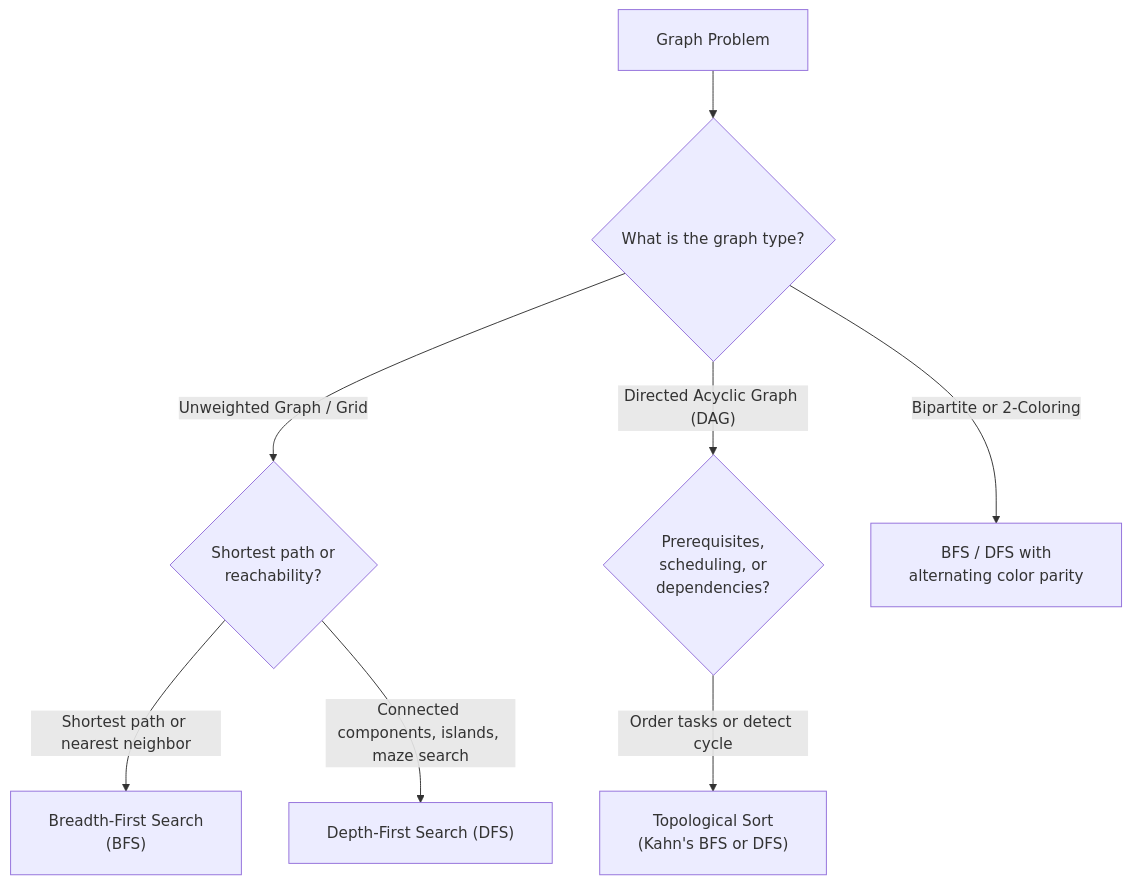
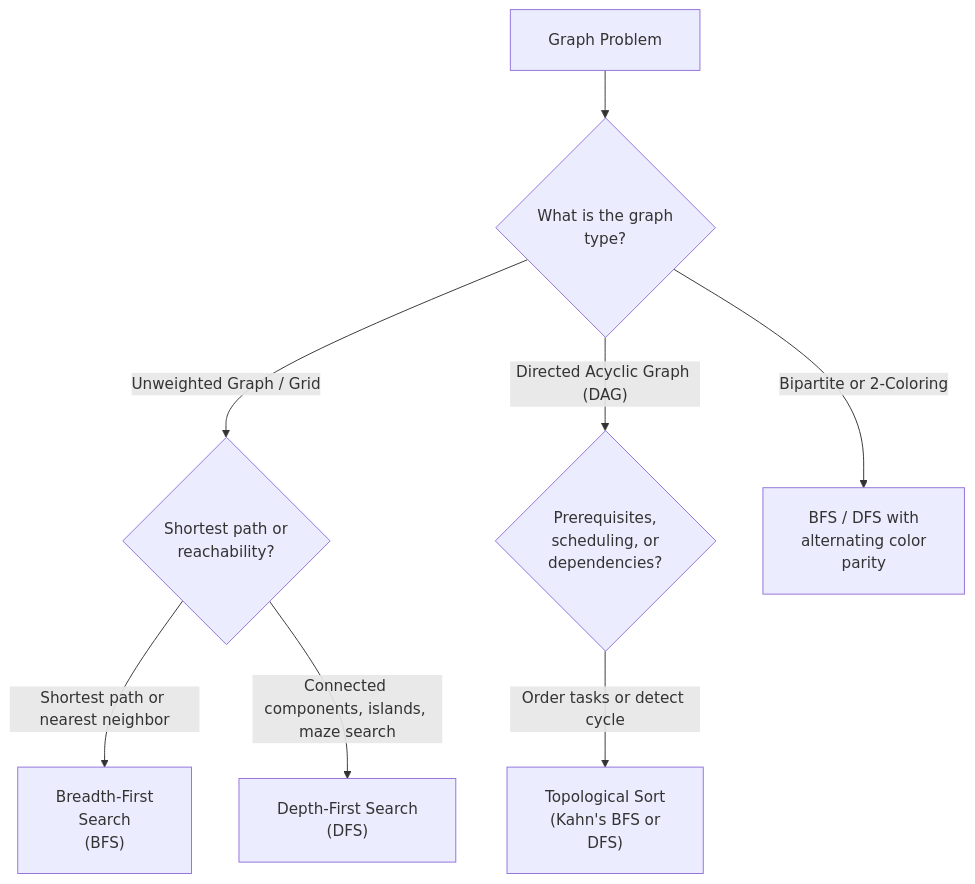
The diagram in week_08_graph_fundamentals/support files/Week_08_Problem_Solving_Roadmap.md (dip4k/DSA_102), drawn with Mermaid before and after one commit. The commit also changed 106 other files, not shown here.

First line of the commit message:
fix(mermaid): prevent text clipping with foreignObject overflow and tighter line wrapping

````diff
--- a/week_08_graph_fundamentals/support files/Week_08_Problem_Solving_Roadmap.md
+++ b/week_08_graph_fundamentals/support files/Week_08_Problem_Solving_Roadmap.md
@@ -16,11 +16,11 @@
 ```mermaid
-%%{init: {"flowchart": {"htmlLabels": true, "padding": 20}}}%%
+%%{init: {"flowchart": {"htmlLabels": true, "padding": 20}, "themeCSS": "foreignObject { overflow: visible !important; }"}}%%
 flowchart TD
-    Start["Graph Problem"] --> Q1{"What is the graph type?"}
+    Start["Graph Problem"] --> Q1{"What is the graph<br/>type?"}
     Q1 -->|Unweighted Graph / Grid| Q2{"Shortest path or<br/>reachability?"}
-    Q2 -->|Shortest path or nearest neighbor| P1["Breadth-First Search<br/>(BFS)"]
-    Q2 -->|Connected components, islands, maze search| P2["Depth-First Search (DFS)"]
+    Q2 -->|Shortest path or nearest neighbor| P1["Breadth-First<br/>Search<br/>(BFS)"]
+    Q2 -->|Connected components, islands, maze search| P2["Depth-First Search<br/>(DFS)"]
     Q1 -->|"Directed Acyclic Graph (DAG)"| Q3{"Prerequisites,<br/>scheduling, or<br/>dependencies?"}
-    Q3 -->|Order tasks or detect cycle| P3["Topological Sort<br/>(Kahn's BFS or DFS)"]
-    Q1 -->|Bipartite or 2-Coloring| P4["BFS / DFS with<br/>alternating color parity"]
+    Q3 -->|Order tasks or detect cycle| P3["Topological Sort<br/>(Kahn's BFS or<br/>DFS)"]
+    Q1 -->|Bipartite or 2-Coloring| P4["BFS / DFS with<br/>alternating color<br/>parity"]
 ```
````
